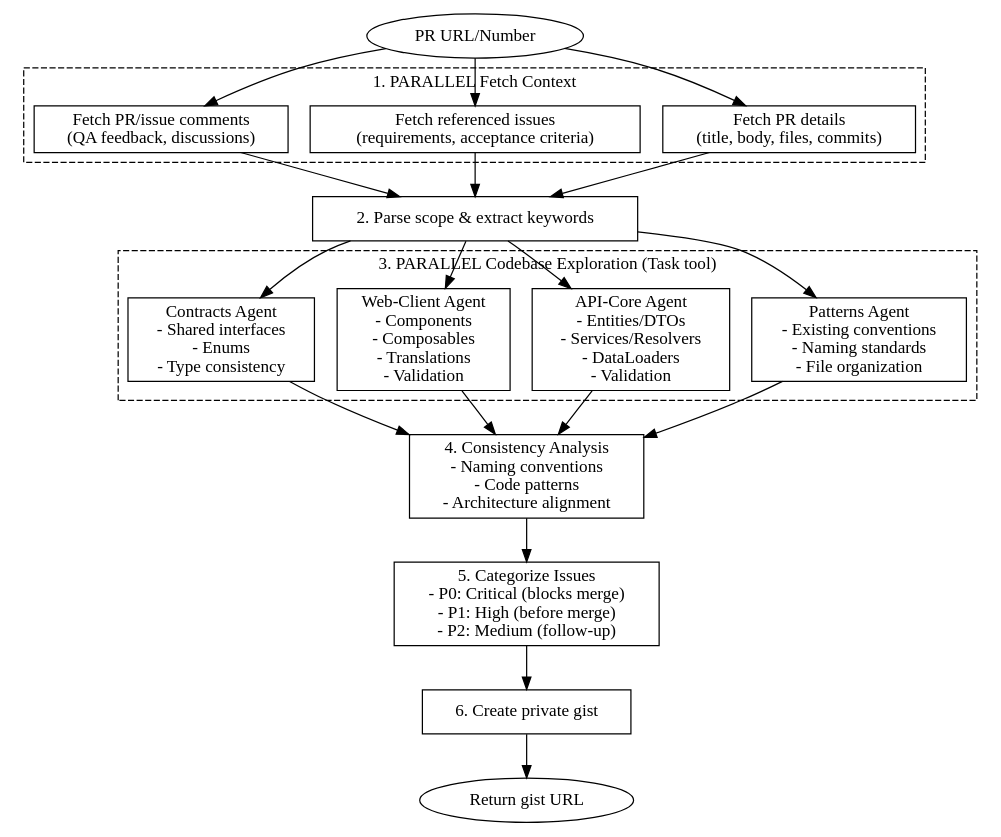
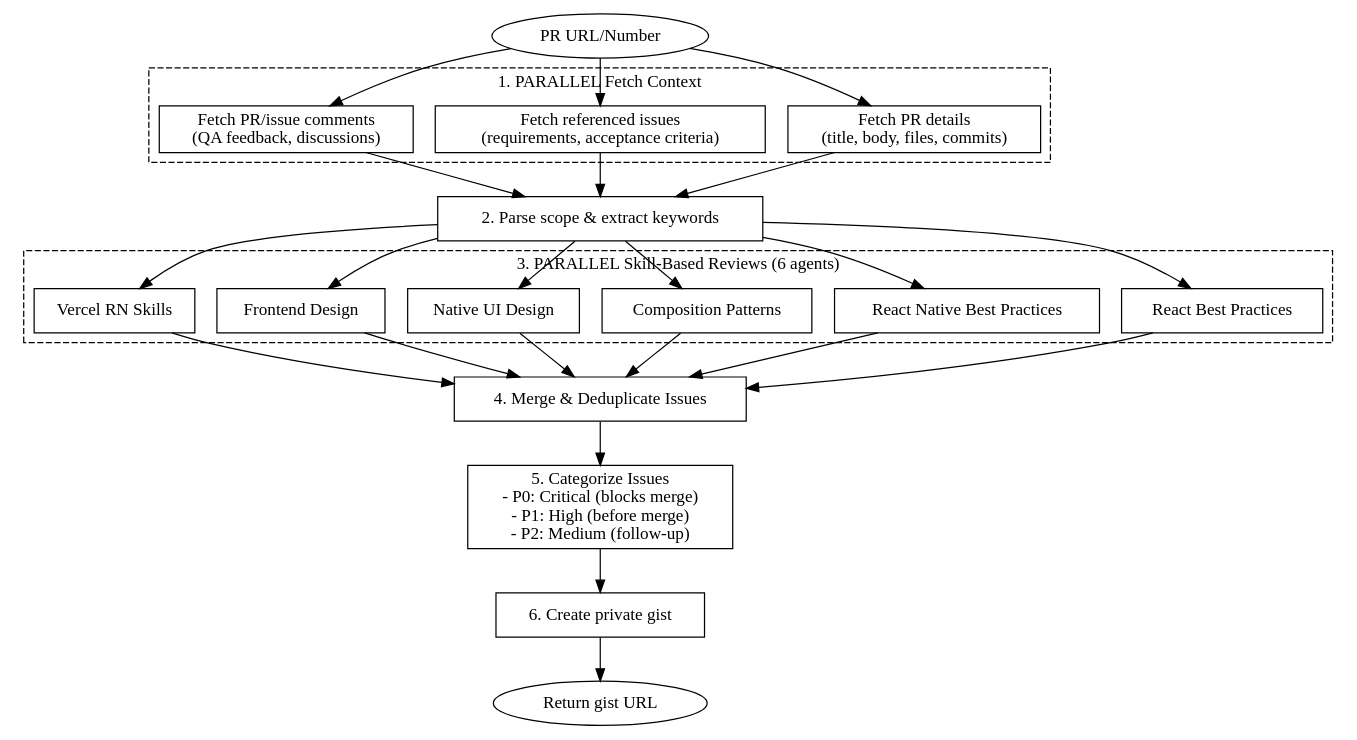
The first of 3 diagrams in .agents/skills/review-pr/skill.md (budgie-at/budgie), drawn with Graphviz before and after one commit. The commit also changed other lines of this file, not shown here.

First line of the commit message:
chore: enhance review-pr skill with parallel skill-based agents

````diff
--- a/.agents/skills/review-pr/skill.md
+++ b/.agents/skills/review-pr/skill.md
@@ -32,50 +32,56 @@
 ```dot
 digraph review_pr {
     rankdir=TB;
     node [shape=box];
 
     start [label="PR URL/Number" shape=ellipse];
-    
+
     subgraph cluster_fetch {
         label="1. PARALLEL Fetch Context";
         style=dashed;
         pr [label="Fetch PR details\n(title, body, files, commits)"];
         issues [label="Fetch referenced issues\n(requirements, acceptance criteria)"];
         comments [label="Fetch PR/issue comments\n(QA feedback, discussions)"];
     }
 
     analyze [label="2. Parse scope & extract keywords"];
 
-    subgraph cluster_explore {
-        label="3. PARALLEL Codebase Exploration (Task tool)";
+    subgraph cluster_skills {
+        label="3. PARALLEL Skill-Based Reviews (6 agents)";
         style=dashed;
-        patterns [label="Patterns Agent\n- Existing conventions\n- Naming standards\n- File organization"];
-        api [label="API-Core Agent\n- Entities/DTOs\n- Services/Resolvers\n- DataLoaders\n- Validation"];
-        web [label="Web-Client Agent\n- Components\n- Composables\n- Translations\n- Validation"];
-        contracts [label="Contracts Agent\n- Shared interfaces\n- Enums\n- Type consistency"];
+        react [label="React Best Practices"];
+        rn [label="React Native Best Practices"];
+        composition [label="Composition Patterns"];
+        native_ui [label="Native UI Design"];
+        frontend [label="Frontend Design"];
+        vercel_rn [label="Vercel RN Skills"];
     }
 
-    consistency [label="4. Consistency Analysis\n- Naming conventions\n- Code patterns\n- Architecture alignment"];
-    
+    merge [label="4. Merge & Deduplicate Issues"];
+
     issues_cat [label="5. Categorize Issues\n- P0: Critical (blocks merge)\n- P1: High (before merge)\n- P2: Medium (follow-up)"];
-    
+
     gist [label="6. Create private gist"];
     done [label="Return gist URL" shape=ellipse];
 
     start -> pr;
     start -> issues;
     start -> comments;
     pr -> analyze;
     issues -> analyze;
     comments -> analyze;
-    analyze -> patterns;
-    analyze -> api;
-    analyze -> web;
-    analyze -> contracts;
-    patterns -> consistency;
-    api -> consistency;
-    web -> consistency;
-    contracts -> consistency;
-    consistency -> issues_cat -> gist -> done;
+    analyze -> react;
+    analyze -> rn;
+    analyze -> composition;
+    analyze -> native_ui;
+    analyze -> frontend;
+    analyze -> vercel_rn;
+    react -> merge;
+    rn -> merge;
+    composition -> merge;
+    native_ui -> merge;
+    frontend -> merge;
+    vercel_rn -> merge;
+    merge -> issues_cat -> gist -> done;
 }
 ```
````
